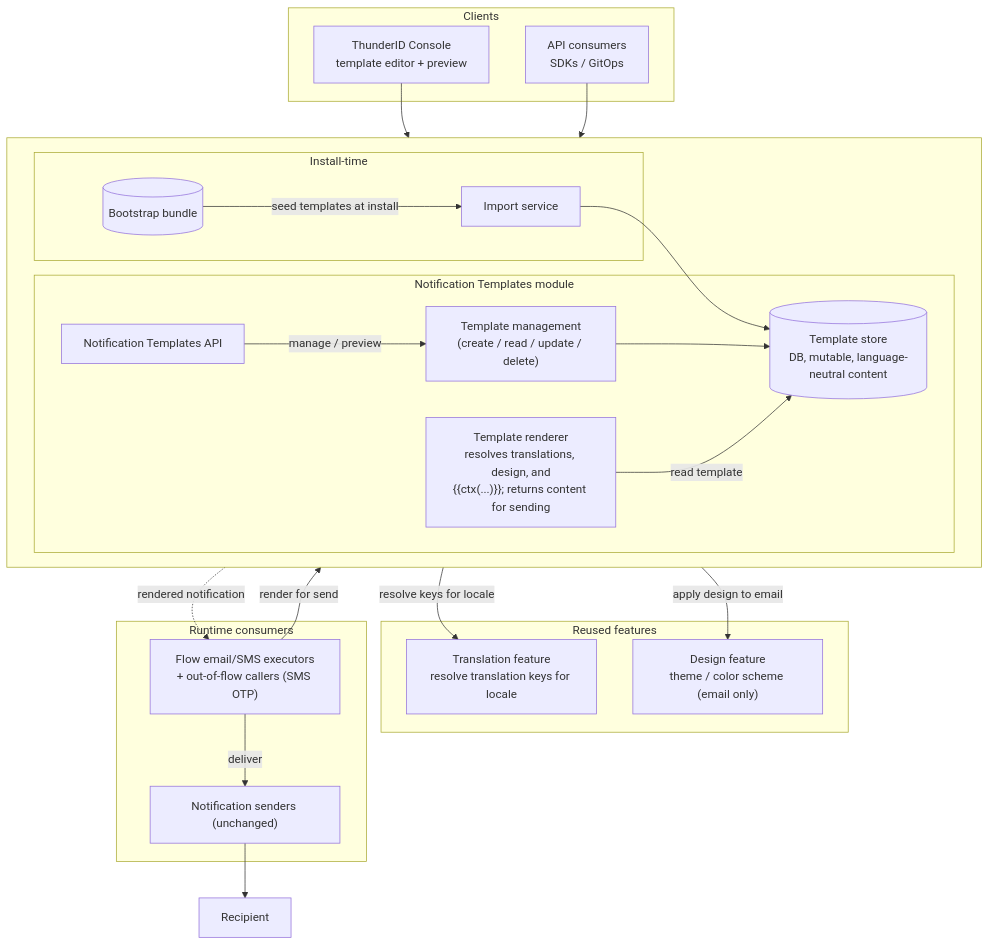
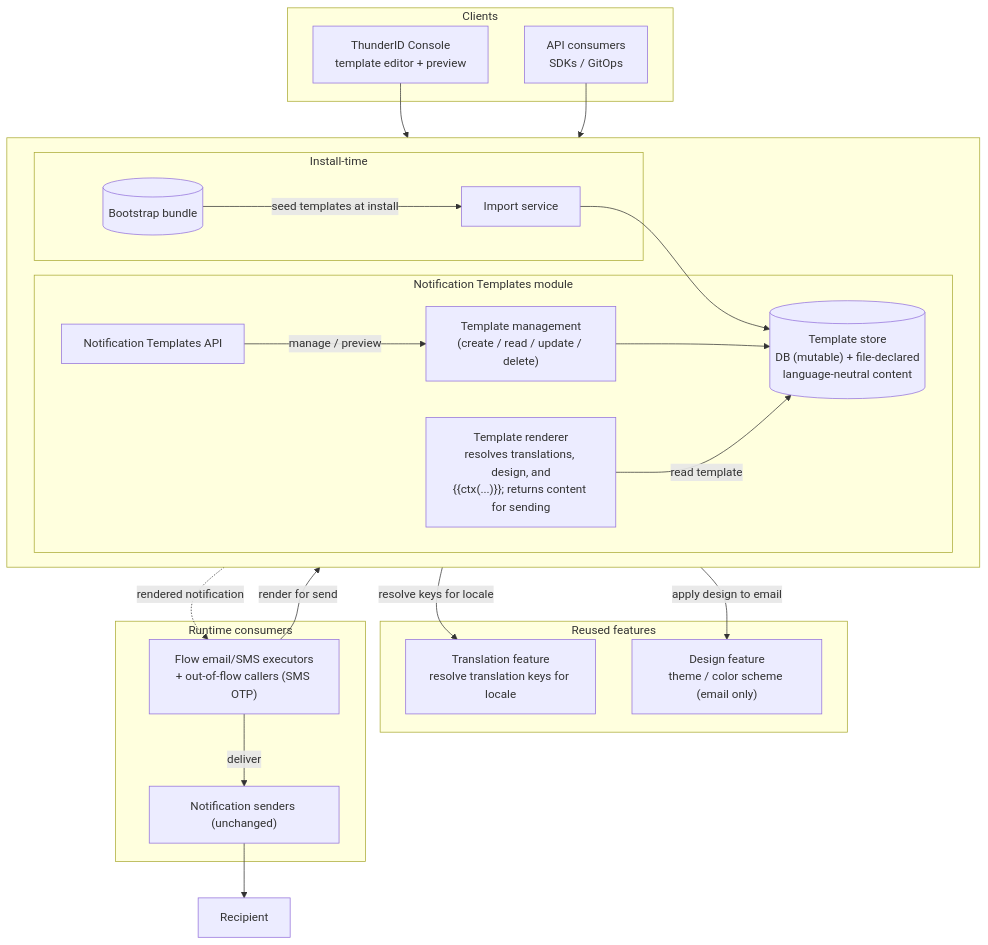
The diagram in docs-internals/notification-templates/spec.md (Thisara-Welmilla/thunderid), drawn with Mermaid before and after one commit. The commit also changed other lines of this file, not shown here.

````diff
--- a/docs-internals/notification-templates/spec.md
+++ b/docs-internals/notification-templates/spec.md
@@ -25,48 +25,48 @@
 ```mermaid
 flowchart TB
     subgraph clients [Clients]
         Console["ThunderID Console<br/>template editor + preview"]
         ApiClient["API consumers<br/>SDKs / GitOps"]
     end
 
     subgraph core [ ]
         direction LR
         subgraph nt [Notification Templates module]
             API["Notification Templates API"]
             MgmtSvc["Template management<br/>(create / read / update / delete)"]
             Renderer["Template renderer<br/>resolves translations, design, and<br/>{{ctx(...)}}; returns content for sending"]
-            Store[("Template store<br/>DB, mutable, language-neutral content")]
+            Store[("Template store<br/>DB (mutable) + file-declared<br/>language-neutral content")]
         end
 
         subgraph install [Install-time]
             Bootstrap[("Bootstrap bundle")]
             Importer["Import service"]
         end
     end
 
     subgraph reused [Reused features]
         Translation["Translation feature<br/>resolve translation keys for locale"]
         Design["Design feature<br/>theme / color scheme (email only)"]
     end
 
     subgraph consumers [Runtime consumers]
         Flow["Flow email/SMS executors<br/>+ out-of-flow callers (SMS OTP)"]
         Sender["Notification senders (unchanged)"]
     end
     Recipient["Recipient"]
 
     Console --> API
     ApiClient --> API
     API -->|manage / preview| MgmtSvc
     MgmtSvc --> Store
     Bootstrap -->|seed templates at install| Importer --> Store
     Renderer -->|read template| Store
     Renderer -->|resolve keys for locale| Translation
     Renderer -->|apply design to email| Design
     Flow -->|render for send| Renderer
     Renderer -. rendered notification .-> Flow
     Flow -->|deliver| Sender --> Recipient
 
     Store ~~~ Translation
     nt ~~~ reused
 ```
````
